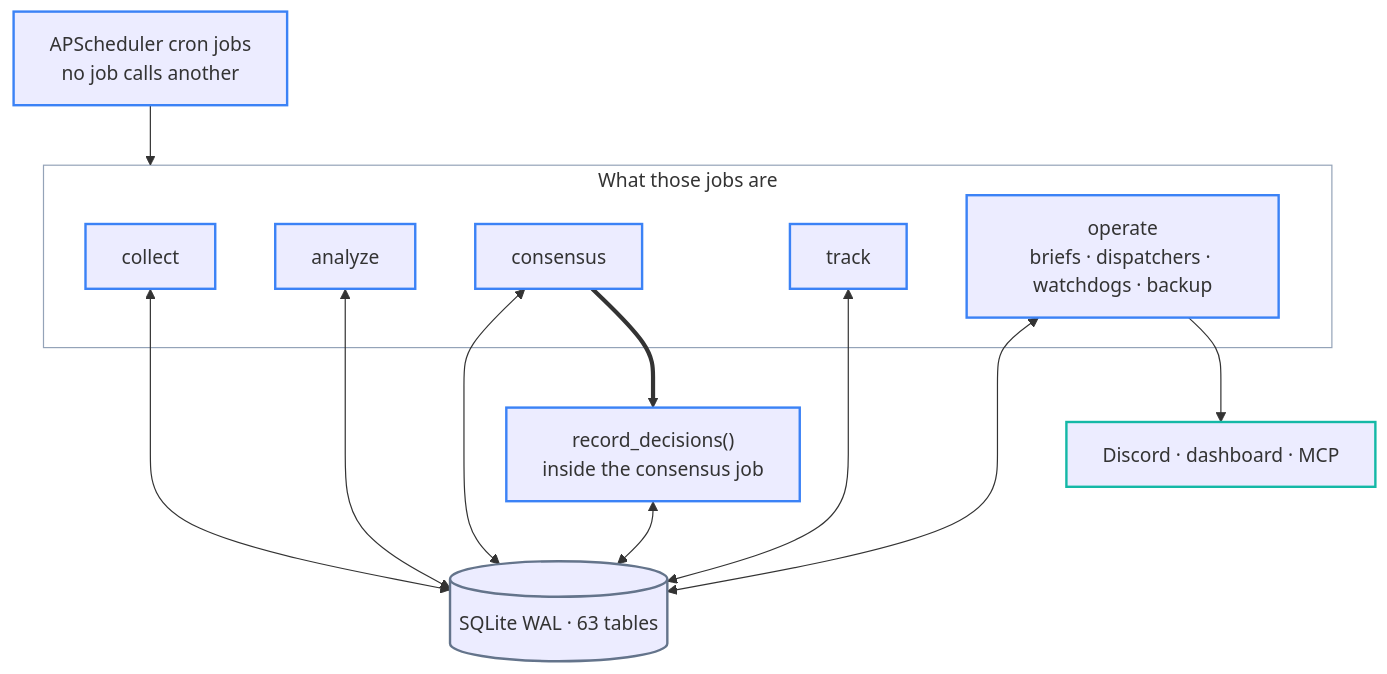
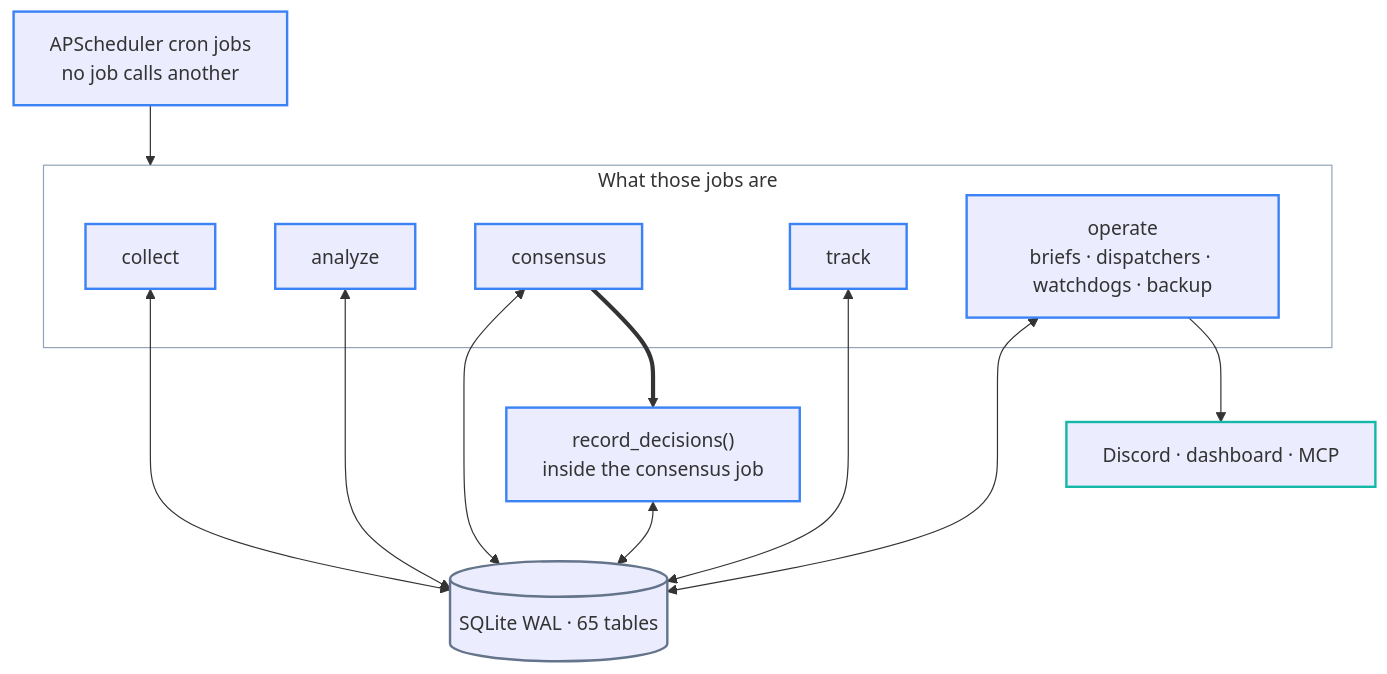
The second of 4 diagrams in docs/ARCHITECTURE.md (researcherhojin/nuri-quant), drawn with Mermaid before and after one commit. The commit also changed other lines of this file and 12 other files, not shown here.

````diff
--- a/docs/ARCHITECTURE.md
+++ b/docs/ARCHITECTURE.md
@@ -99,35 +99,35 @@
 ```mermaid
 flowchart TB
     CLOCK["APScheduler cron jobs<br/>no job calls another"]
 
     subgraph JOBS["What those jobs are"]
         JC["collect"]
         JA["analyze"]
         JD["consensus"]
         JT["track"]
         JO["operate<br/>briefs · dispatchers · watchdogs · backup"]
     end
 
-    DB[("SQLite WAL · 63 tables")]
+    DB[("SQLite WAL · 65 tables")]
     RD["record_decisions()<br/>inside the consensus job"]
     OUT["Discord · dashboard · MCP"]
 
     CLOCK --> JOBS
     JC <--> DB
     JA <--> DB
     JD <--> DB
     JD ==> RD
     RD <--> DB
     JT <--> DB
     JO <--> DB
     JO --> OUT
 
     classDef step  stroke:#3b82f6,stroke-width:2px
     classDef store stroke:#64748b,stroke-width:2px
     classDef out   stroke:#14b8a6,stroke-width:2px
     classDef zone  fill:none,stroke:#94a3b8,stroke-width:1px
     class CLOCK,JC,JA,JD,JT,JO,RD step
     class DB store
     class OUT out
     class JOBS zone
 ```
````
